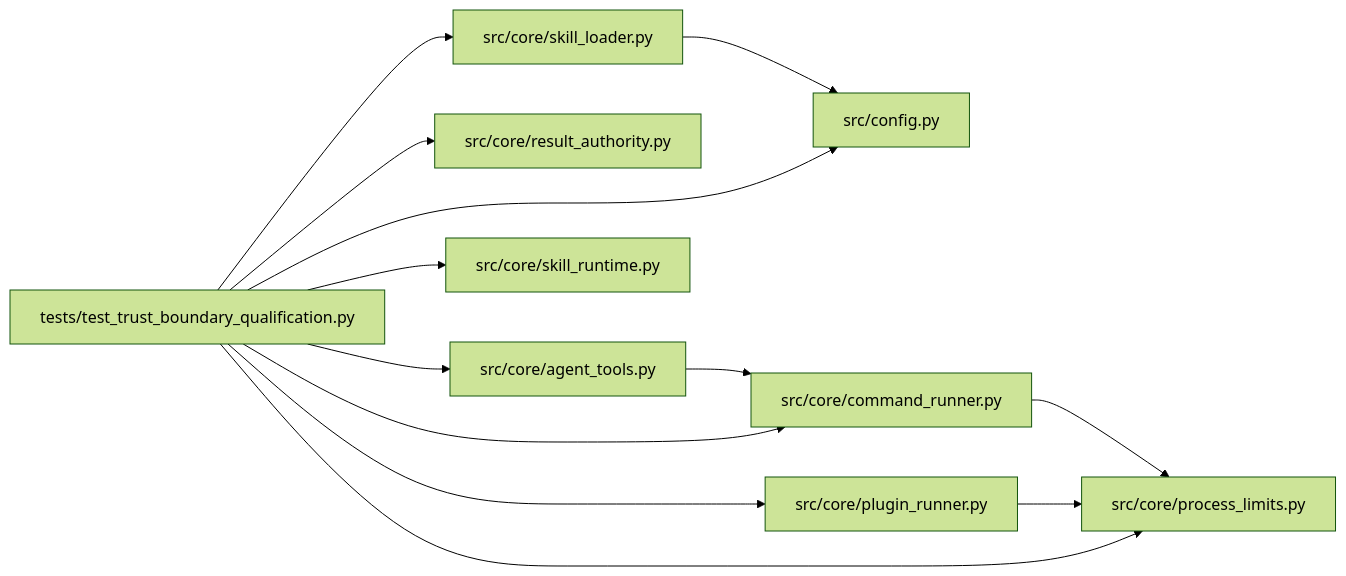
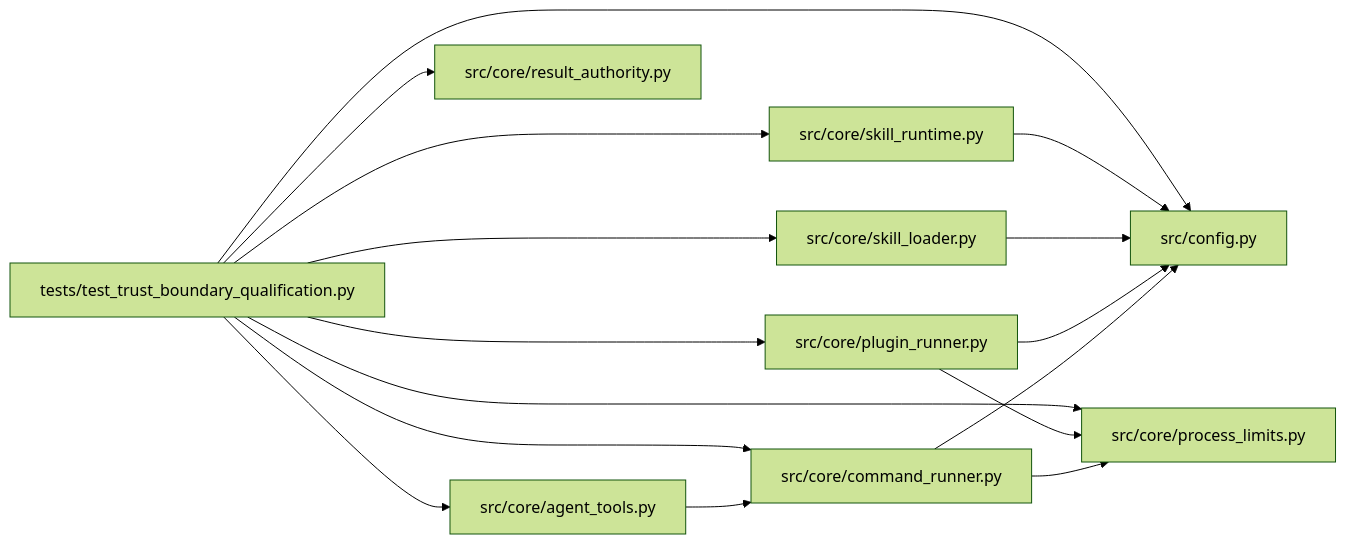
One commit to Denissvgn/autoresearch-agent changed the diagram in docs/llm_wiki/modules/test_trust_boundary_qualification.md. Above: the diagram before and after it, drawn with Mermaid (forest theme). The commit also changed other lines of this file and 1033 other files, not shown here.

````diff
--- a/docs/llm_wiki/modules/test_trust_boundary_qualification.md
+++ b/docs/llm_wiki/modules/test_trust_boundary_qualification.md
@@ -49,33 +51,36 @@
 ```mermaid
 flowchart LR
     n0["src/config.py"]
     n1["src/core/agent_tools.py"]
     n2["src/core/command_runner.py"]
     n3["src/core/plugin_runner.py"]
     n4["src/core/process_limits.py"]
     n5["src/core/result_authority.py"]
     n6["src/core/skill_loader.py"]
     n7["src/core/skill_runtime.py"]
     n8["tests/test_trust_boundary_qualification.py"]
     n1 --> n2
+    n2 --> n0
     n2 --> n4
+    n3 --> n0
     n3 --> n4
     n6 --> n0
+    n7 --> n0
     n8 --> n0
     n8 --> n1
     n8 --> n2
     n8 --> n3
     n8 --> n4
     n8 --> n5
     n8 --> n6
     n8 --> n7
     click n0 "../modules/config.md"
     click n1 "../modules/agent_tools.md"
     click n2 "../modules/command_runner.md"
     click n3 "../modules/plugin_runner.md"
     click n4 "../modules/process_limits.md"
     click n5 "../modules/result_authority.md"
     click n6 "../modules/skill_loader.md"
     click n7 "../modules/skill_runtime.md"
     click n8 "../modules/test_trust_boundary_qualification.md"
 ```
````
